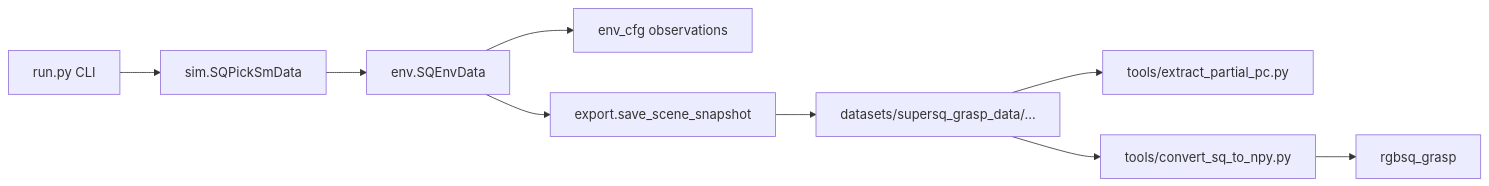
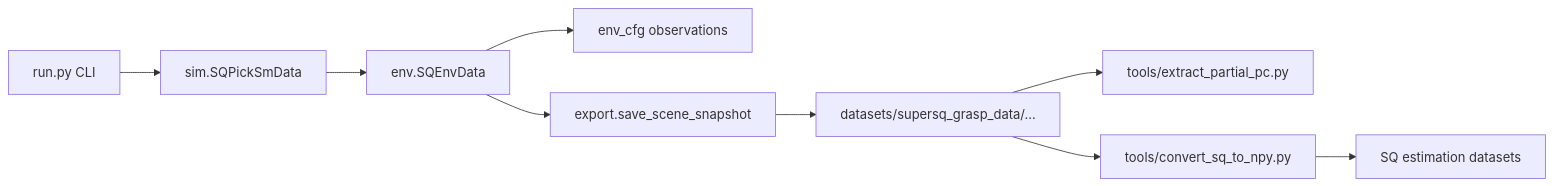
Before and after one commit to IlikeSukiyaki/MetaSQGraspnet_public: the diagram in metagrasp/MetaSQGrasp/isaac_env/supersq_grasp_data/README.md, drawn with Mermaid. The commit also changed other lines of this file and 99 other files, not shown here.

````diff
--- a/metagrasp/MetaSQGrasp/isaac_env/supersq_grasp_data/README.md
+++ b/metagrasp/MetaSQGrasp/isaac_env/supersq_grasp_data/README.md
@@ -25,11 +25,11 @@
 ```mermaid
 flowchart LR
     A[run.py CLI] --> B[sim.SQPickSmData]
     B --> C[env.SQEnvData]
     C --> D[env_cfg observations]
     C --> E[export.save_scene_snapshot]
     E --> F[datasets/supersq_grasp_data/...]
     F --> G[tools/extract_partial_pc.py]
     F --> H[tools/convert_sq_to_npy.py]
-    H --> I[rgbsq_grasp]
+    H --> I[SQ estimation datasets]
 ```
````
